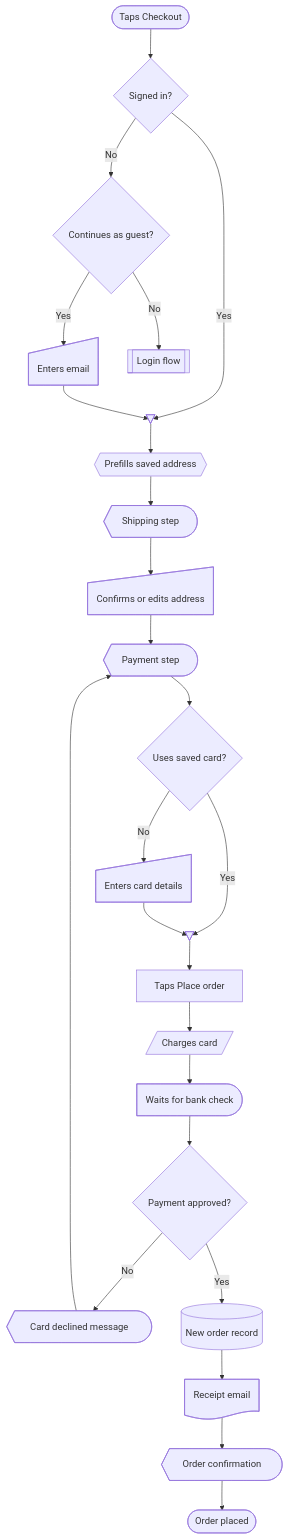
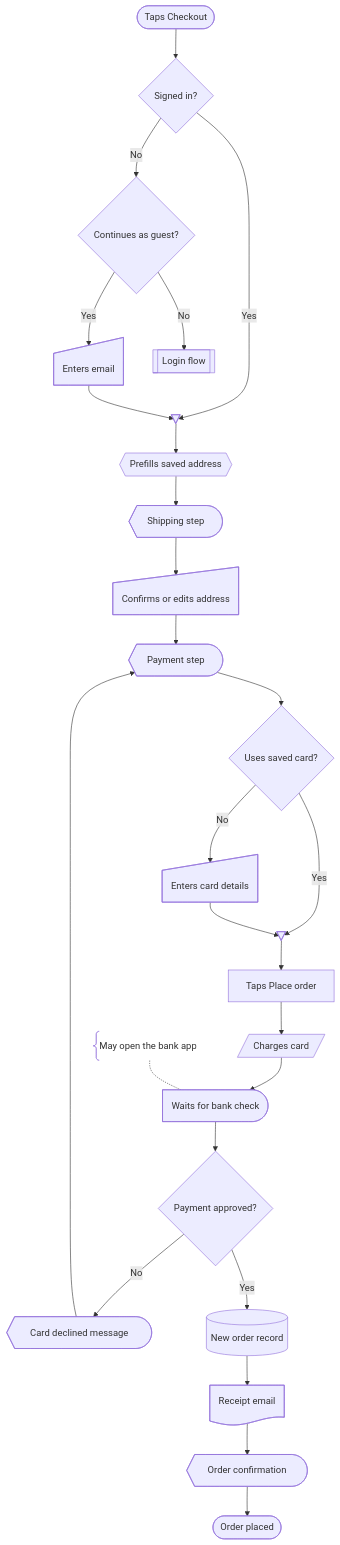
Before and after one commit to yoursharif/mermaid-userflow-diagram: the third of 4 diagrams in references/diagrams.md, drawn with Mermaid. The commit also changed other lines of this file and 1 other file, not shown here.

First line of the commit message:
Add a note example to diagrams and flows

````diff
--- a/references/diagrams.md
+++ b/references/diagrams.md
@@ -75,50 +75,52 @@
 ```mermaid
 flowchart TD
   startCart@{ shape: stadium, label: "Taps Checkout" }
   decSignedIn@{ shape: diam, label: "Signed in?" }
   decGuest@{ shape: diam, label: "Continues as guest?" }
   inGuestEmail@{ shape: sl-rect, label: "Enters email" }
   subLogin@{ shape: fr-rect, label: "Login flow" }
   mergeAuth@{ shape: flip-tri, label: " " }
   prepAddress@{ shape: hex, label: "Prefills saved address" }
   scrShipping@{ shape: curv-trap, label: "Shipping step" }
   inAddress@{ shape: sl-rect, label: "Confirms or edits address" }
   scrPayment@{ shape: curv-trap, label: "Payment step" }
   decSavedCard@{ shape: diam, label: "Uses saved card?" }
   inCard@{ shape: sl-rect, label: "Enters card details" }
   mergeCard@{ shape: flip-tri, label: " " }
   actPlace@{ shape: rect, label: "Taps Place order" }
   ioCharge@{ shape: lean-r, label: "Charges card" }
   waitBank@{ shape: delay, label: "Waits for bank check" }
+  noteBank@{ shape: brace, label: "May open the bank app" }
   decPaid@{ shape: diam, label: "Payment approved?" }
   scrDeclined@{ shape: curv-trap, label: "Card declined message" }
   dbOrder@{ shape: cyl, label: "New order record" }
   docReceipt@{ shape: doc, label: "Receipt email" }
   scrConfirm@{ shape: curv-trap, label: "Order confirmation" }
   exitPlaced@{ shape: stadium, label: "Order placed" }
 
   startCart --> decSignedIn
   decSignedIn -->|Yes| mergeAuth
   decSignedIn -->|No| decGuest
   decGuest -->|Yes| inGuestEmail
   decGuest -->|No| subLogin
   inGuestEmail --> mergeAuth
   mergeAuth --> prepAddress
   prepAddress --> scrShipping
   scrShipping --> inAddress
   inAddress --> scrPayment
   scrPayment --> decSavedCard
   decSavedCard -->|Yes| mergeCard
   decSavedCard -->|No| inCard
   inCard --> mergeCard
   mergeCard --> actPlace
   actPlace --> ioCharge
   ioCharge --> waitBank
   waitBank --> decPaid
+  noteBank -.- waitBank
   decPaid -->|No| scrDeclined
   decPaid -->|Yes| dbOrder
   scrDeclined --> scrPayment
   dbOrder --> docReceipt
   docReceipt --> scrConfirm
   scrConfirm --> exitPlaced
 ```
````
